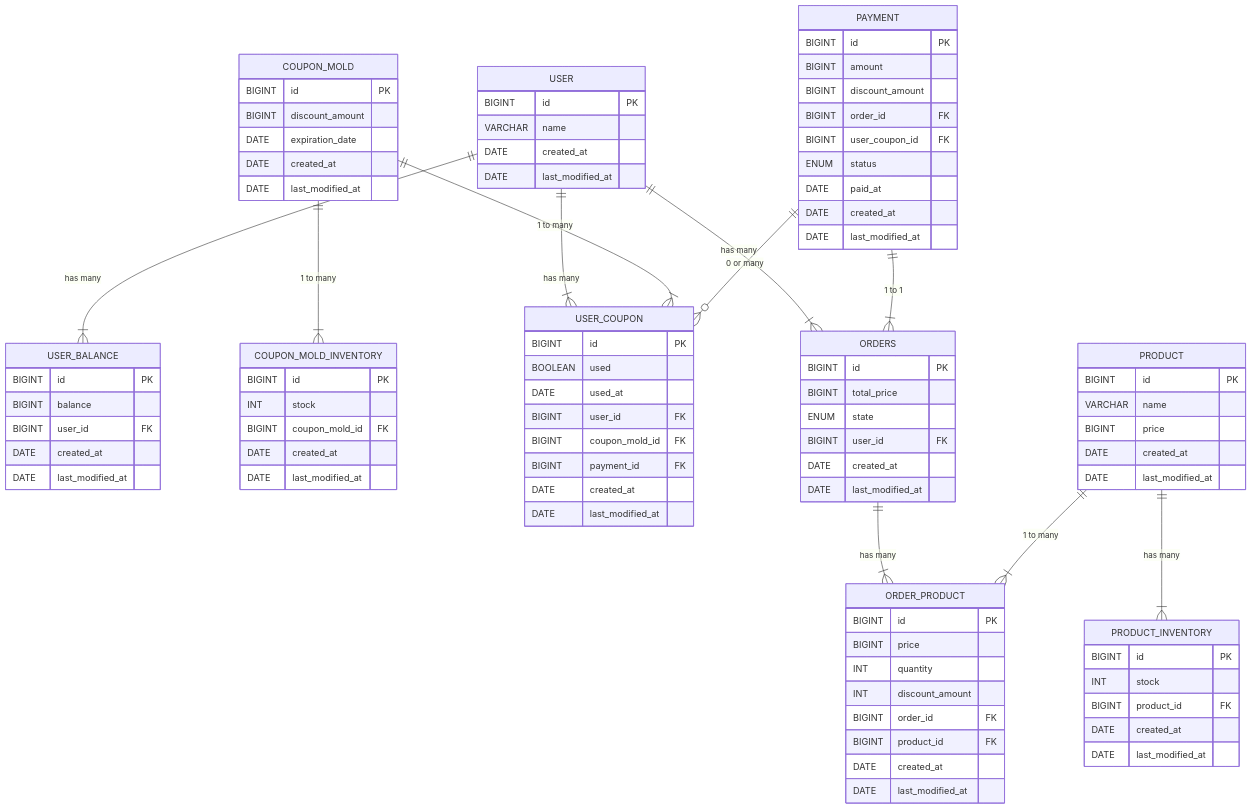
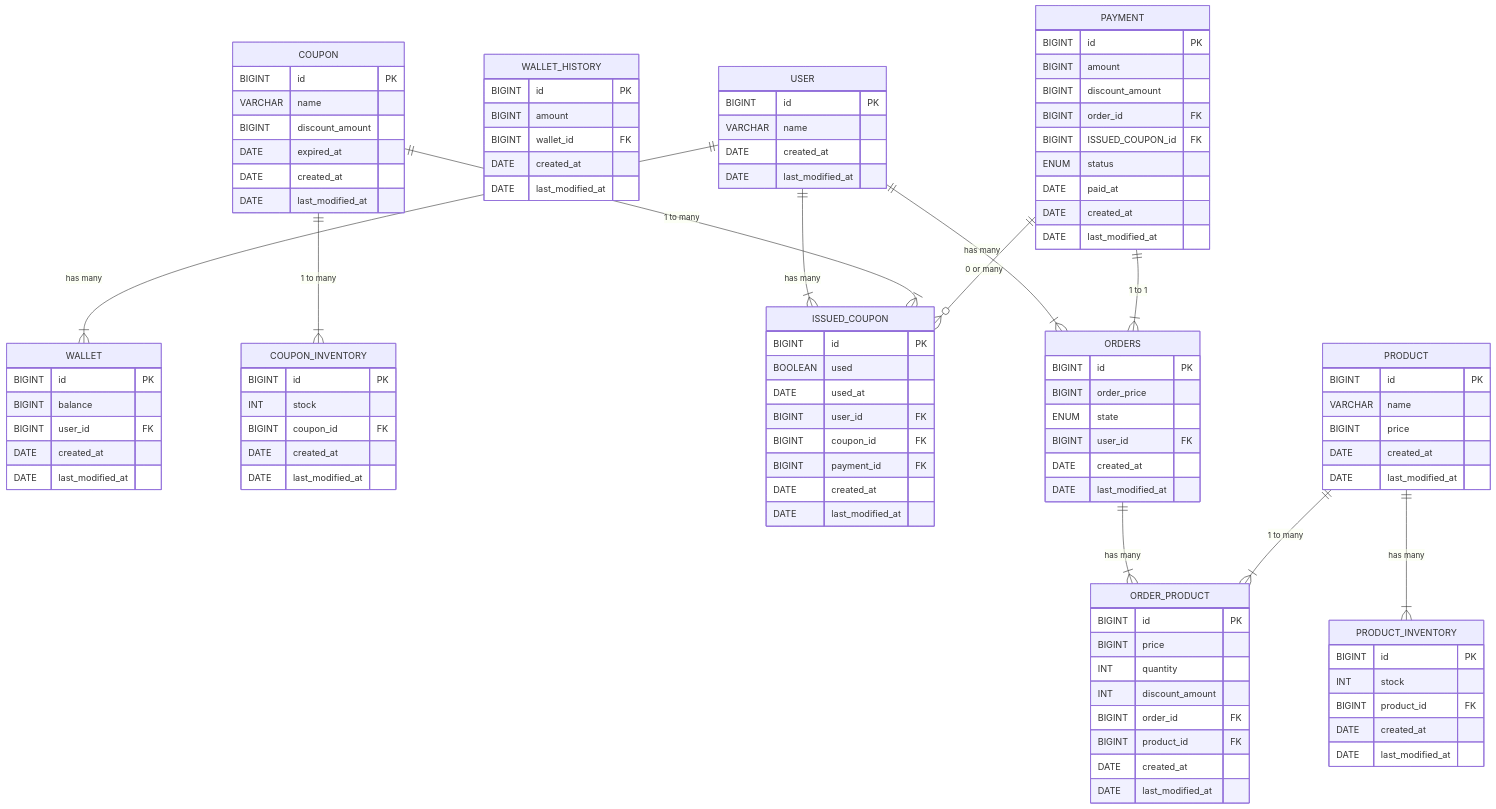
One commit to leesh5000/hhplus-server changed the diagram in docs/erd.md. Above: the diagram before and after it, drawn with Mermaid. The commit also changed other lines of this file and 9 other files, not shown here.

````diff
--- a/docs/erd.md
+++ b/docs/erd.md
@@ -29,37 +30,46 @@
         DATE created_at
         DATE last_modified_at
     }
-
-    USER_BALANCE {
+    
+    WALLET {
         BIGINT id PK
         BIGINT balance
         BIGINT user_id FK
         DATE created_at
         DATE last_modified_at
     }
-
-    COUPON_MOLD {
+    
+    WALLET_HISTORY {
         BIGINT id PK
-        BIGINT discount_amount
-        DATE expiration_date
+        BIGINT amount
+        BIGINT wallet_id FK
         DATE created_at
         DATE last_modified_at
     }
 
-    COUPON_MOLD_INVENTORY {
+    COUPON {
         BIGINT id PK
-        INT stock
-        BIGINT coupon_mold_id FK
+        VARCHAR name
+        BIGINT discount_amount
+        DATE expired_at
         DATE created_at
         DATE last_modified_at
     }
 
-    USER_COUPON {
+    COUPON_INVENTORY {
+        BIGINT id PK
+        INT stock
+        BIGINT coupon_id FK
+        DATE created_at
+        DATE last_modified_at
+    }
+
+    ISSUED_COUPON {
         BIGINT id PK
         BOOLEAN used
         DATE used_at
         BIGINT user_id FK
-        BIGINT coupon_mold_id FK
+        BIGINT coupon_id FK
         BIGINT payment_id FK
         DATE created_at
         DATE last_modified_at
@@ -83,7 +93,7 @@
         
     ORDERS {
         BIGINT id PK
-        BIGINT total_price
+        BIGINT order_price
         ENUM state
         BIGINT user_id FK
         DATE created_at
@@ -106,7 +116,7 @@
         BIGINT amount
         BIGINT discount_amount
         BIGINT order_id FK
-        BIGINT user_coupon_id FK
+        BIGINT ISSUED_COUPON_id FK
         ENUM status
         DATE paid_at
         DATE created_at
@@ -114,14 +124,14 @@
     }
 
     %% RELATIONSHIPS
-    USER ||--|{ USER_BALANCE : "has many"
-    USER ||--|{ USER_COUPON     : "has many"
+    USER ||--|{ WALLET : "has many"
+    USER ||--|{ ISSUED_COUPON     : "has many"
     USER ||--|{ ORDERS          : "has many"
     ORDERS ||--|{ ORDER_PRODUCT     : "has many"
     PRODUCT ||--|{ ORDER_PRODUCT    : "1 to many"
     PRODUCT ||--|{ PRODUCT_INVENTORY : "has many"
-    COUPON_MOLD ||--|{ USER_COUPON : "1 to many"
-    COUPON_MOLD ||--|{ COUPON_MOLD_INVENTORY : "1 to many"
+    COUPON ||--|{ ISSUED_COUPON : "1 to many"
+    COUPON ||--|{ COUPON_INVENTORY : "1 to many"
     PAYMENT ||--|{ ORDERS        : "1 to 1"
-    PAYMENT ||--o{ USER_COUPON   : "0 or many"
+    PAYMENT ||--o{ ISSUED_COUPON   : "0 or many"
 ```
````
